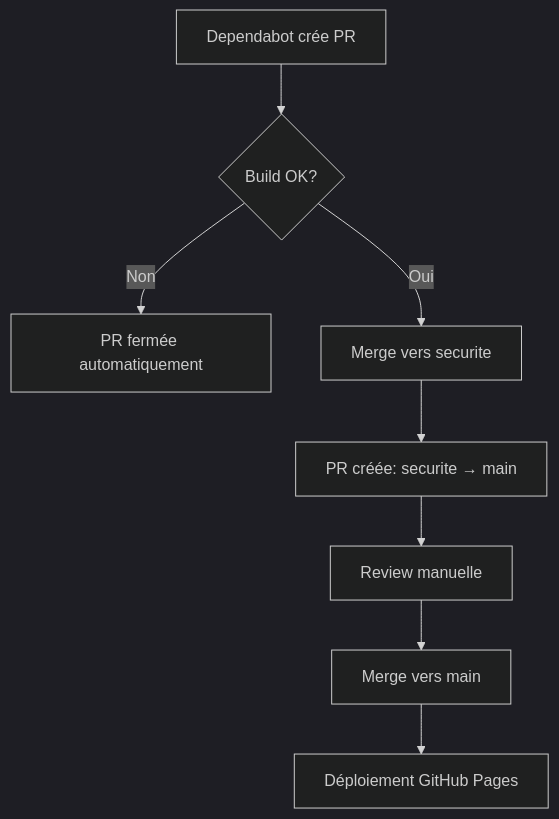
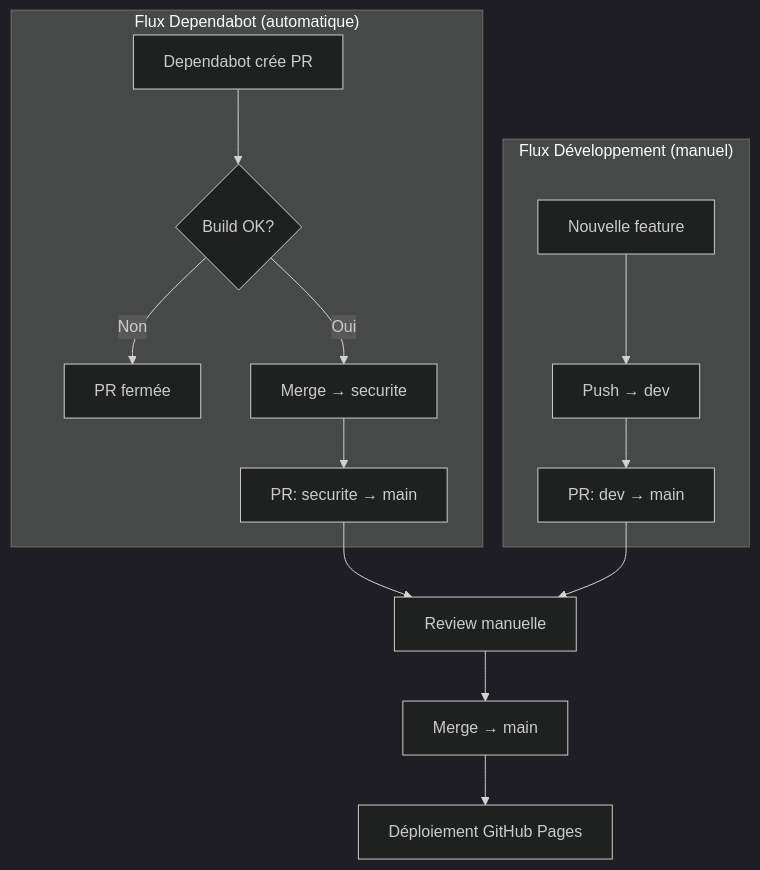
Before and after one commit to EthanThePhoenix38/dependabot-secure-flow: the diagram in docs/CONFIGURATION.md, drawn with Mermaid (dark theme). The commit also changed other lines of this file, not shown here.

Commit message:
Update docs: add dev branch to workflow
- Added dev branch to branches table
- Updated mermaid diagram to show both flows:
  - Dependabot: PR → securite → main (automatic)
  - Development: dev → main (manual PR)

https://claude.ai/code/session_01VaWP2gGvEaNrSsytgNDqtz

````diff
--- a/docs/CONFIGURATION.md
+++ b/docs/CONFIGURATION.md
@@ -30,10 +30,19 @@
 ```mermaid
 flowchart TD
-    A[Dependabot crée PR] --> B{Build OK?}
-    B -->|Non| C[PR fermée automatiquement]
-    B -->|Oui| D[Merge vers securite]
-    D --> E[PR créée: securite → main]
-    E --> F[Review manuelle]
-    F --> G[Merge vers main]
-    G --> H[Déploiement GitHub Pages]
+    subgraph Dependabot["Flux Dependabot (automatique)"]
+        A[Dependabot crée PR] --> B{Build OK?}
+        B -->|Non| C[PR fermée]
+        B -->|Oui| D[Merge → securite]
+        D --> E[PR: securite → main]
+    end
+
+    subgraph Dev["Flux Développement (manuel)"]
+        F[Nouvelle feature] --> G[Push → dev]
+        G --> H[PR: dev → main]
+    end
+
+    E --> I[Review manuelle]
+    H --> I
+    I --> J[Merge → main]
+    J --> K[Déploiement GitHub Pages]
 ```
````
